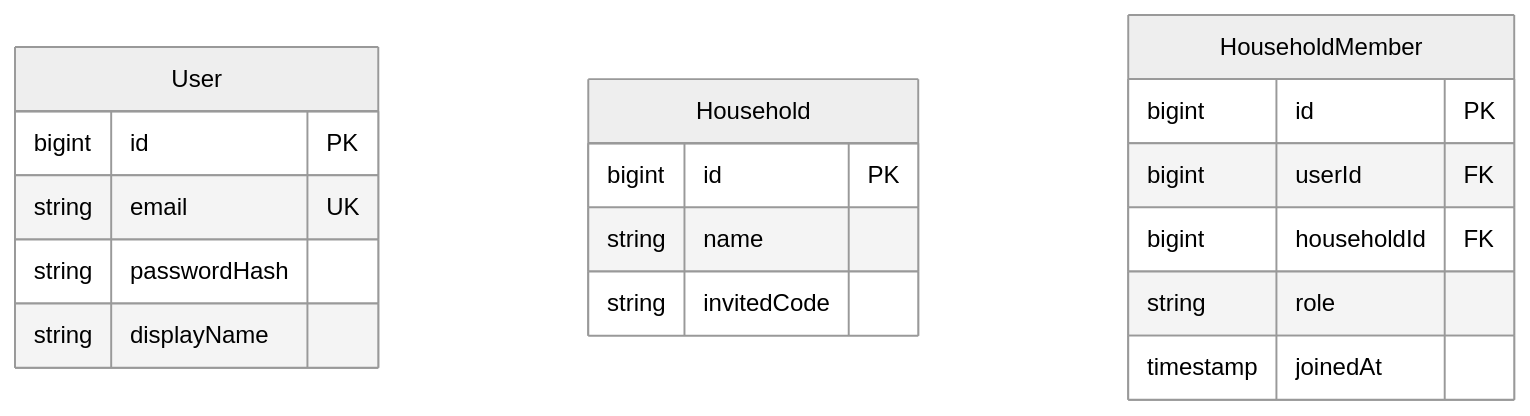
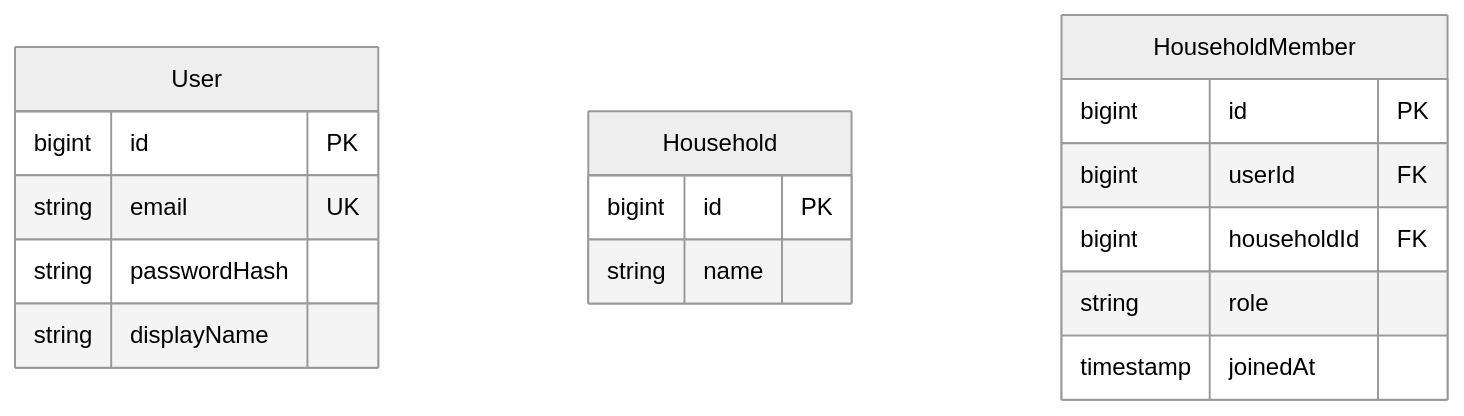
The second of 4 diagrams in backend/docs/entity-logical-design.md (wukdddang/home-inventory-manager), drawn with Mermaid (neutral theme) before and after one commit. The commit also changed other lines of this file and 2 other files, not shown here.

````diff
--- a/backend/docs/entity-logical-design.md
+++ b/backend/docs/entity-logical-design.md
@@ -64,21 +64,20 @@
 ```mermaid
 erDiagram
     User {
         bigint id PK
         string email UK
         string passwordHash
         string displayName
     }
     Household {
         bigint id PK
         string name
-        string invitedCode
     }
     HouseholdMember {
         bigint id PK
         bigint userId FK
         bigint householdId FK
         string role
         timestamp joinedAt
     }
 ```
````
